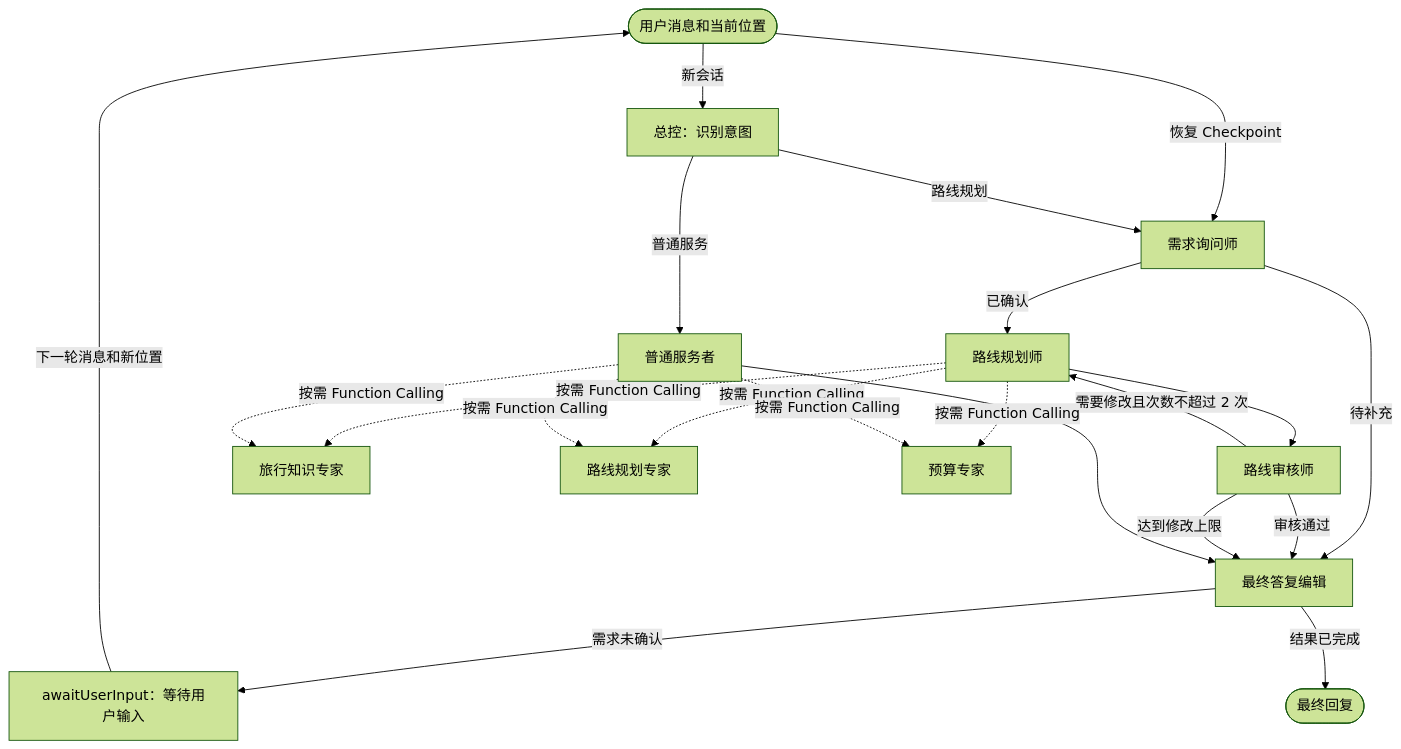
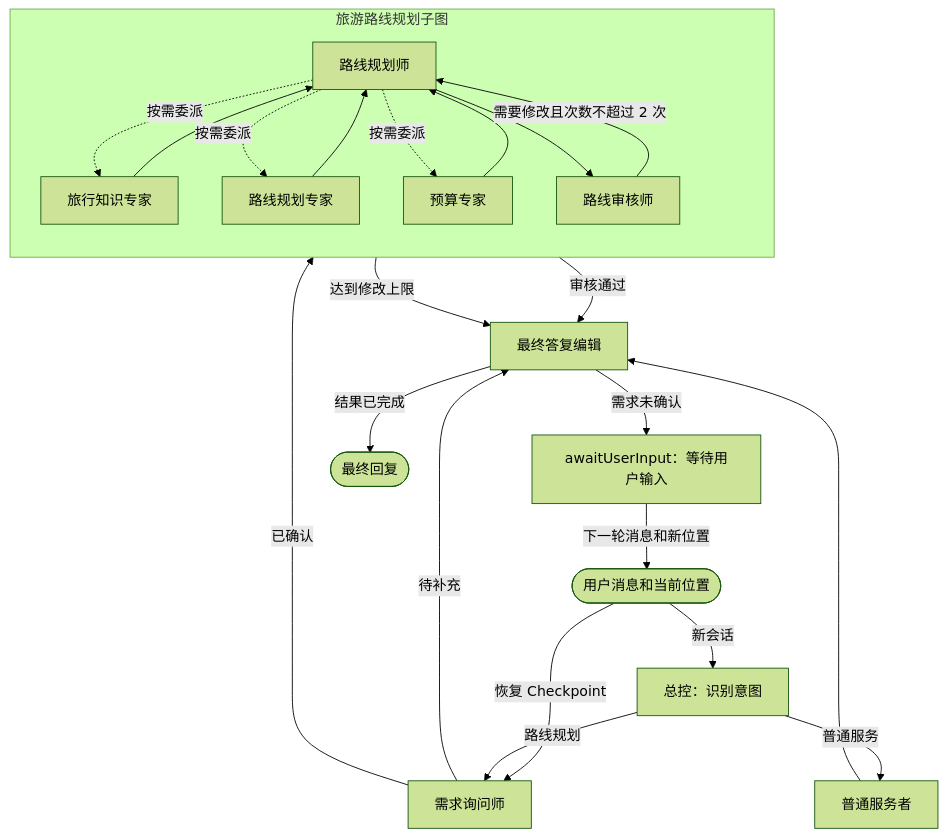
Before and after one commit to NDAKJin/travel-agent: the second of 2 diagrams in README.md, drawn with Mermaid (forest theme). The commit also changed other lines of this file and 9 other files, not shown here.

````diff
--- a/README.md
+++ b/README.md
@@ -73,36 +73,39 @@
 ```mermaid
 flowchart TD
     message(["用户消息和当前位置"])
     supervisor["总控：识别意图"]
     requirements["需求询问师"]
-    planner["路线规划师"]
-    reviewer["路线审核师"]
+    subgraph routePlanning["旅游路线规划子图"]
+        direction TB
+        planner["路线规划师"]
+        knowledge["旅行知识专家"]
+        routeExpert["路线规划专家"]
+        budget["预算专家"]
+        reviewer["路线审核师"]
+        planner -.->|按需委派| knowledge
+        planner -.->|按需委派| routeExpert
+        planner -.->|按需委派| budget
+        knowledge --> planner
+        routeExpert --> planner
+        budget --> planner
+        planner --> reviewer
+        reviewer -->|需要修改且次数不超过 2 次| planner
+    end
     normal["普通服务者"]
     finalize["最终答复编辑"]
     wait["awaitUserInput：等待用户输入"]
     response(["最终回复"])
-    knowledge["旅行知识专家"]
-    routeExpert["路线规划专家"]
-    budget["预算专家"]
 
     message -->|新会话| supervisor
     message -->|恢复 Checkpoint| requirements
     supervisor -->|路线规划| requirements
     supervisor -->|普通服务| normal
     requirements -->|已确认| planner
     requirements -->|待补充| finalize
-    planner --> reviewer
     reviewer -->|审核通过| finalize
-    reviewer -->|需要修改且次数不超过 2 次| planner
     reviewer -->|达到修改上限| finalize
     normal --> finalize
-    planner -.->|按需 Function Calling| knowledge
-    planner -.->|按需 Function Calling| routeExpert
-    planner -.->|按需 Function Calling| budget
-    normal -.->|按需 Function Calling| knowledge
-    normal -.->|按需 Function Calling| routeExpert
-    normal -.->|按需 Function Calling| budget
     finalize -->|需求未确认| wait
     finalize -->|结果已完成| response
     wait -->|下一轮消息和新位置| message
 ```
````
